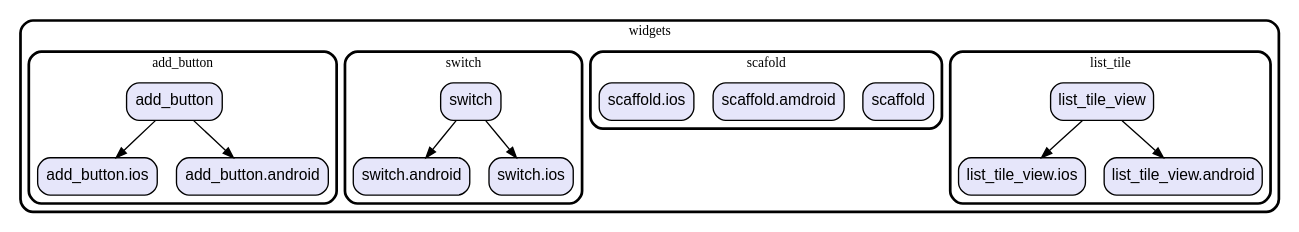
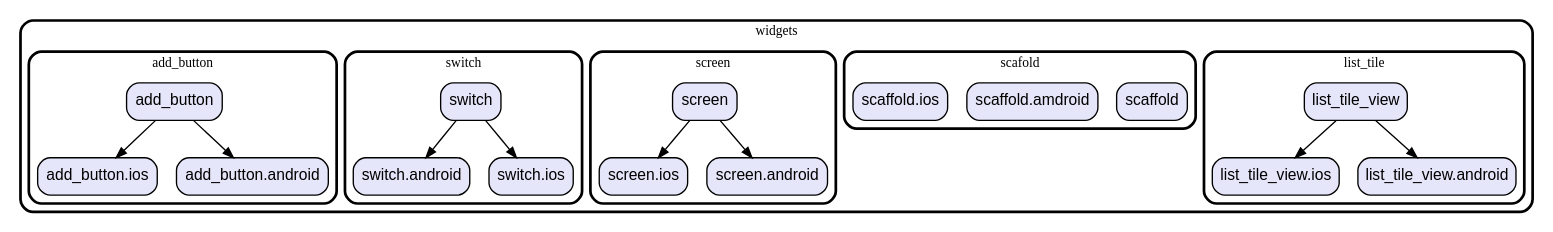
Before and after one commit to gev/reacthome-mobile: the diagram in graph/lib/ui/widgets.dot, drawn with Graphviz. The commit also changed 18 other files, not shown here.

Commit message:
update module's dependencies graph

```diff
--- a/graph/lib/ui/widgets.dot
+++ b/graph/lib/ui/widgets.dot
@@ -1,50 +1,61 @@
 digraph "" {
   graph [style=rounded fontname="Arial Black" fontsize=13 penwidth=2.6];
   node [shape=rect style="filled,rounded" fontname=Arial fontsize=15 fillcolor=Lavender penwidth=1.3];
   edge [penwidth=1.3];
   "/list_tile/list_tile_view.ios.dart" [label="list_tile_view.ios"];
   "/list_tile/list_tile_view.android.dart" [label="list_tile_view.android"];
   "/list_tile/list_tile_view.dart" [label="list_tile_view"];
   "/scafold/scaffold.dart" [label="scaffold"];
   "/scafold/scaffold.amdroid.dart" [label="scaffold.amdroid"];
   "/scafold/scaffold.ios.dart" [label="scaffold.ios"];
+  "/screen/screen.ios.dart" [label="screen.ios"];
+  "/screen/screen.android.dart" [label="screen.android"];
+  "/screen/screen.dart" [label="screen"];
   "/switch/switch.android.dart" [label="switch.android"];
   "/switch/switch.dart" [label="switch"];
   "/switch/switch.ios.dart" [label="switch.ios"];
   "/add_button/add_button.dart" [label="add_button"];
   "/add_button/add_button.ios.dart" [label="add_button.ios"];
   "/add_button/add_button.android.dart" [label="add_button.android"];
   subgraph "cluster~" {
     label="widgets";
     subgraph "cluster~/list_tile" {
       label="list_tile";
       "/list_tile/list_tile_view.ios.dart";
       "/list_tile/list_tile_view.android.dart";
       "/list_tile/list_tile_view.dart";
     }
     subgraph "cluster~/scafold" {
       label="scafold";
       "/scafold/scaffold.dart";
       "/scafold/scaffold.amdroid.dart";
       "/scafold/scaffold.ios.dart";
     }
+    subgraph "cluster~/screen" {
+      label="screen";
+      "/screen/screen.ios.dart";
+      "/screen/screen.android.dart";
+      "/screen/screen.dart";
+    }
     subgraph "cluster~/switch" {
       label="switch";
       "/switch/switch.android.dart";
       "/switch/switch.dart";
       "/switch/switch.ios.dart";
     }
     subgraph "cluster~/add_button" {
       label="add_button";
       "/add_button/add_button.dart";
       "/add_button/add_button.ios.dart";
       "/add_button/add_button.android.dart";
     }
   }
   "/list_tile/list_tile_view.dart" -> "/list_tile/list_tile_view.android.dart";
   "/list_tile/list_tile_view.dart" -> "/list_tile/list_tile_view.ios.dart";
+  "/screen/screen.dart" -> "/screen/screen.android.dart";
+  "/screen/screen.dart" -> "/screen/screen.ios.dart";
   "/switch/switch.dart" -> "/switch/switch.android.dart";
   "/switch/switch.dart" -> "/switch/switch.ios.dart";
   "/add_button/add_button.dart" -> "/add_button/add_button.android.dart";
   "/add_button/add_button.dart" -> "/add_button/add_button.ios.dart";
 }
```
